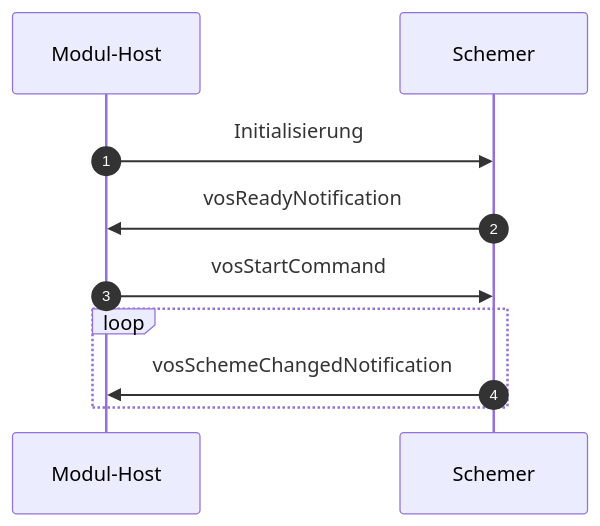
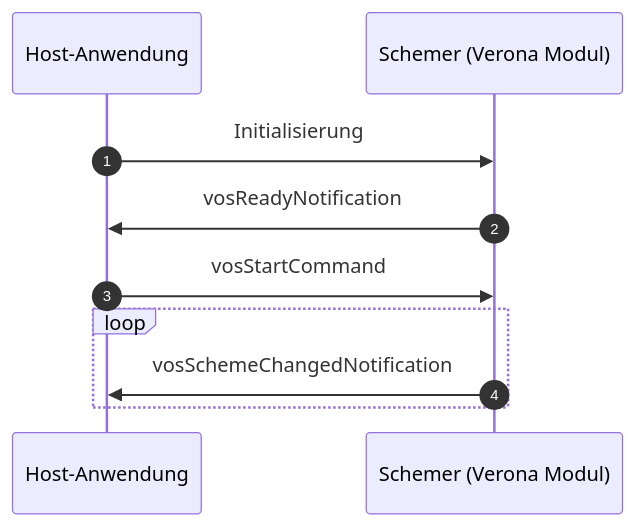
One commit to verona-interfaces/verona-interfaces.github.io changed the diagram in schemer-docs/index.qmd. Above: the diagram before and after it, drawn with Mermaid.

Commit message:
Update schemer model

````diff
--- a/schemer-docs/index.qmd
+++ b/schemer-docs/index.qmd
@@ -14,12 +14,12 @@
 ```{mermaid}
 sequenceDiagram
     autonumber
-    participant MH as Modul-Host
-    participant VM as Schemer
-    MH->>VM:Initialisierung
-    VM->>MH:vosReadyNotification
-    MH->>VM:vosStartCommand
+    participant HA as Host-Anwendung
+    participant VM as Schemer (Verona Modul)
+    HA->>VM:Initialisierung
+    VM->>HA:vosReadyNotification
+    HA->>VM:vosStartCommand
     loop
-        VM->>MH:vosSchemeChangedNotification
+        VM->>HA:vosSchemeChangedNotification
     end
 ```
````
